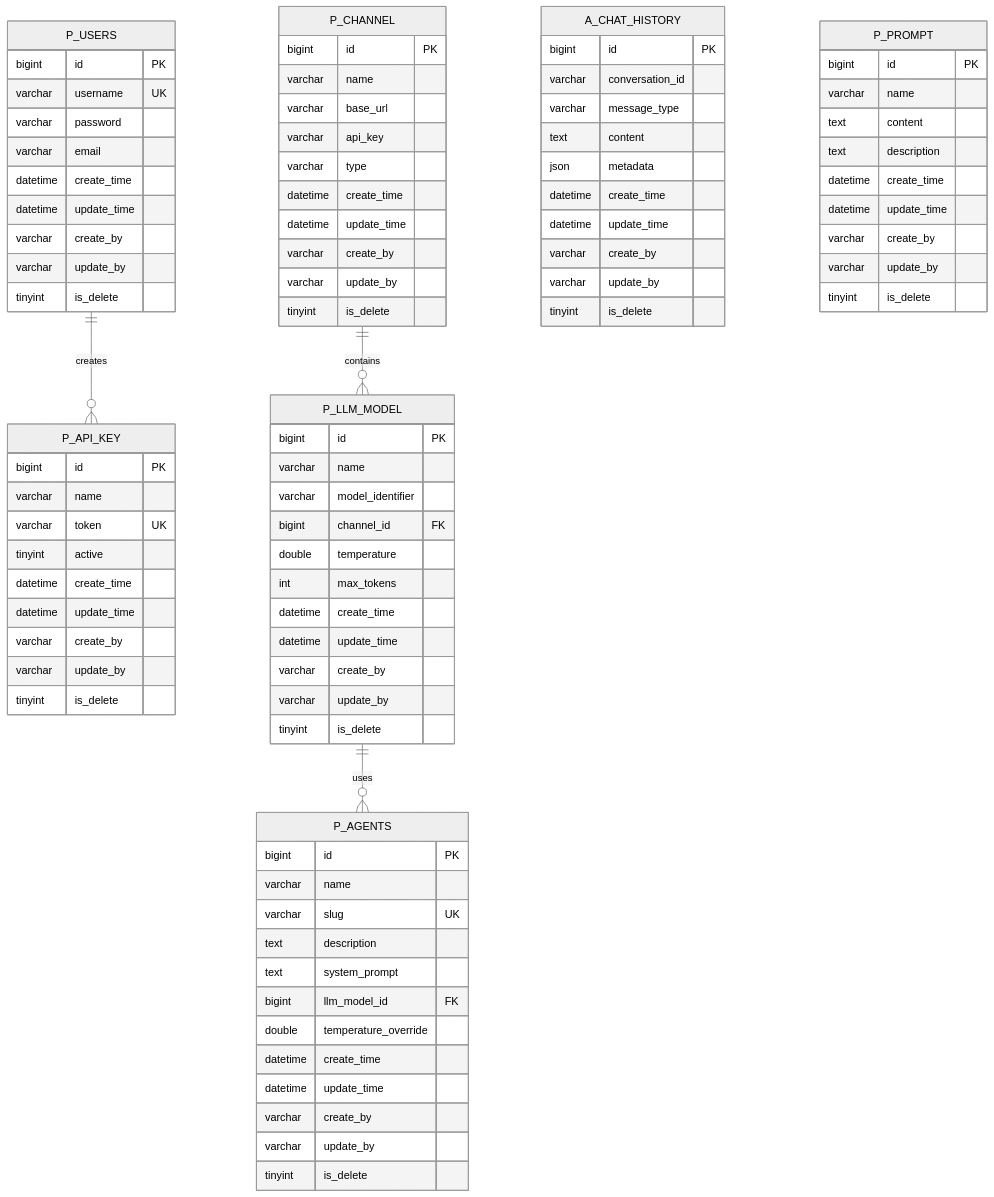
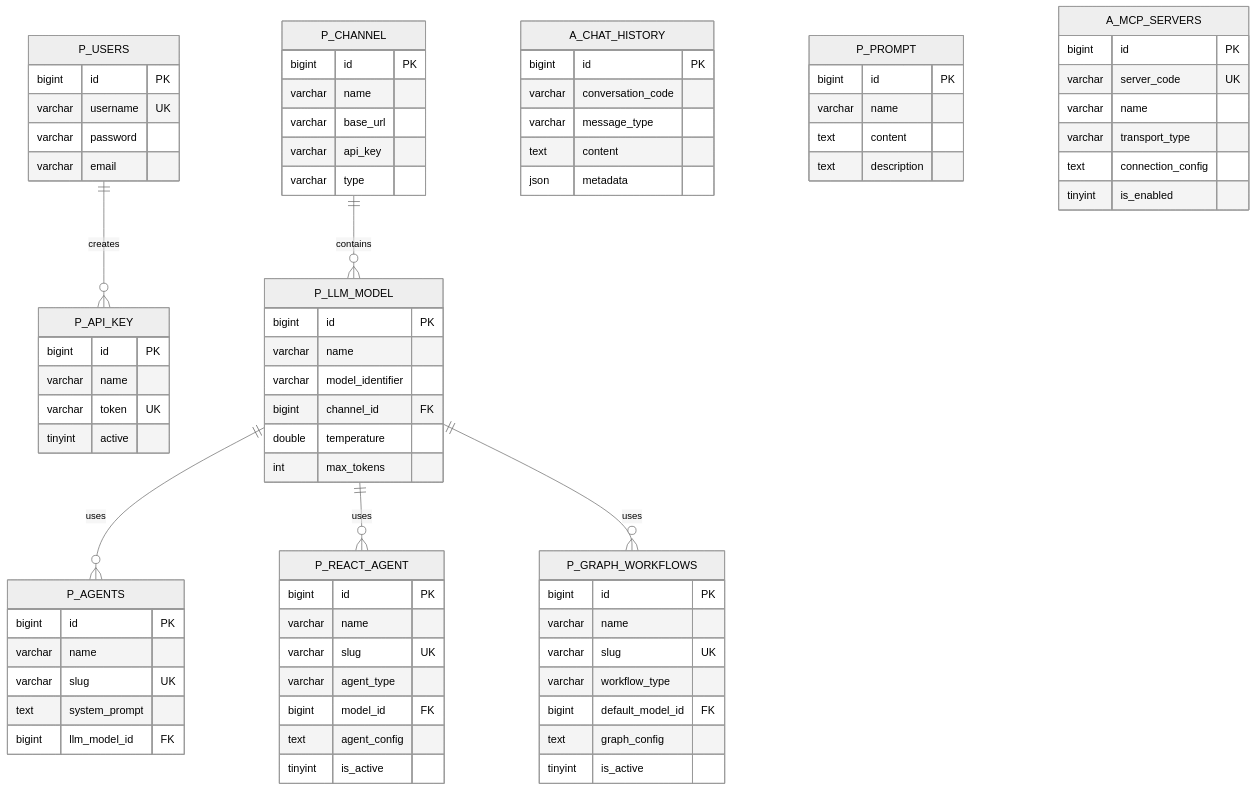
One commit to sunqb/llm-manager changed the fourth of 4 diagrams in llm-manager-parent/README.md. Above: the diagram before and after it, drawn with Mermaid (neutral theme). The commit also changed other lines of this file, not shown here.

First line of the commit message:
docs: 更新后端 README 文档 - 系统架构图、核心流程、数据库表结构、模块说明

````diff
--- a/llm-manager-parent/README.md
+++ b/llm-manager-parent/README.md
@@ -132,28 +206,21 @@
     P_USERS ||--o{ P_API_KEY : creates
     P_CHANNEL ||--o{ P_LLM_MODEL : contains
     P_LLM_MODEL ||--o{ P_AGENTS : uses
+    P_LLM_MODEL ||--o{ P_REACT_AGENT : uses
+    P_LLM_MODEL ||--o{ P_GRAPH_WORKFLOWS : uses
+
     A_CHAT_HISTORY {
         bigint id PK
-        varchar conversation_id
+        varchar conversation_code
         varchar message_type
         text content
         json metadata
-        datetime create_time
-        datetime update_time
-        varchar create_by
-        varchar update_by
-        tinyint is_delete
     }
     P_USERS {
         bigint id PK
         varchar username UK
         varchar password
         varchar email
-        datetime create_time
-        datetime update_time
-        varchar create_by
-        varchar update_by
-        tinyint is_delete
     }
     P_CHANNEL {
         bigint id PK
@@ -161,11 +228,6 @@
         varchar base_url
         varchar api_key
         varchar type
-        datetime create_time
-        datetime update_time
-        varchar create_by
-        varchar update_by
-        tinyint is_delete
     }
     P_LLM_MODEL {
         bigint id PK
@@ -174,46 +236,50 @@
         bigint channel_id FK
         double temperature
         int max_tokens
-        datetime create_time
-        datetime update_time
-        varchar create_by
-        varchar update_by
-        tinyint is_delete
     }
     P_AGENTS {
         bigint id PK
         varchar name
         varchar slug UK
-        text description
         text system_prompt
         bigint llm_model_id FK
-        double temperature_override
-        datetime create_time
-        datetime update_time
-        varchar create_by
-        varchar update_by
-        tinyint is_delete
+    }
+    P_REACT_AGENT {
+        bigint id PK
+        varchar name
+        varchar slug UK
+        varchar agent_type
+        bigint model_id FK
+        text agent_config
+        tinyint is_active
+    }
+    P_GRAPH_WORKFLOWS {
+        bigint id PK
+        varchar name
+        varchar slug UK
+        varchar workflow_type
+        bigint default_model_id FK
+        text graph_config
+        tinyint is_active
     }
     P_PROMPT {
         bigint id PK
         varchar name
         text content
         text description
-        datetime create_time
-        datetime update_time
-        varchar create_by
-        varchar update_by
-        tinyint is_delete
     }
     P_API_KEY {
         bigint id PK
         varchar name
         varchar token UK
         tinyint active
-        datetime create_time
-        datetime update_time
-        varchar create_by
-        varchar update_by
-        tinyint is_delete
+    }
+    A_MCP_SERVERS {
+        bigint id PK
+        varchar server_code UK
+        varchar name
+        varchar transport_type
+        text connection_config
+        tinyint is_enabled
     }
 ```
````
